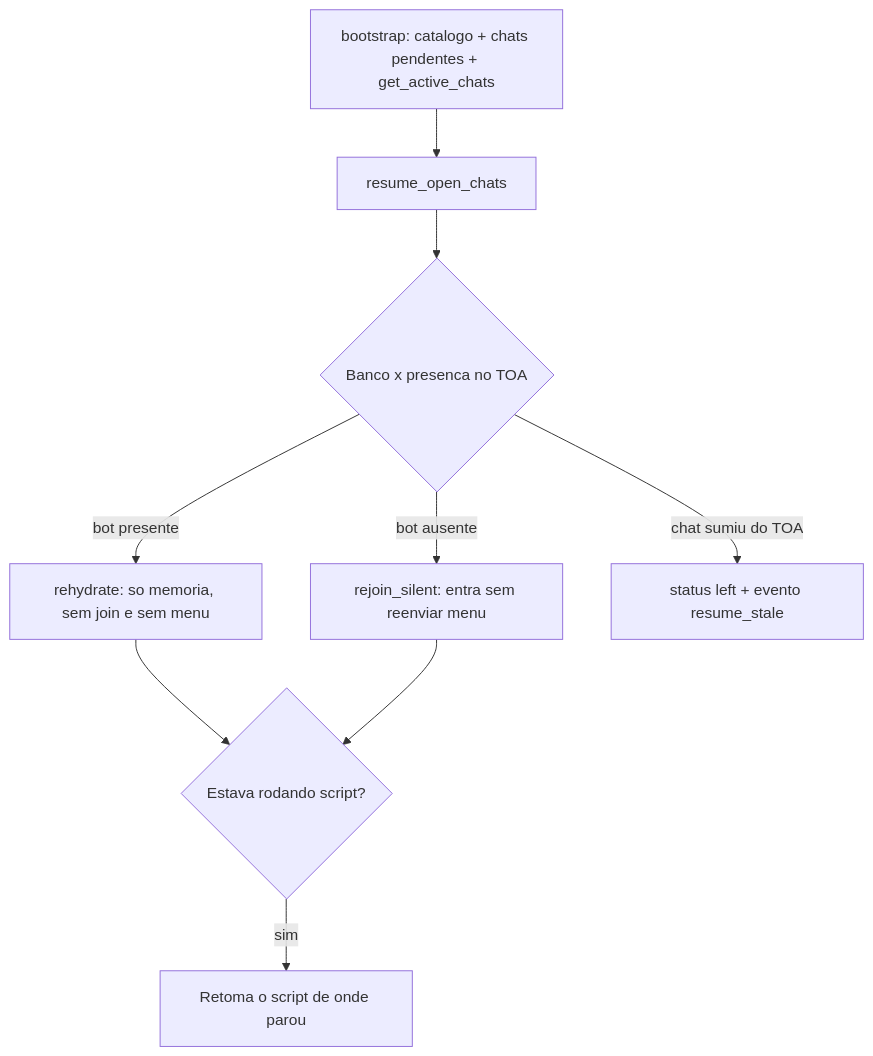
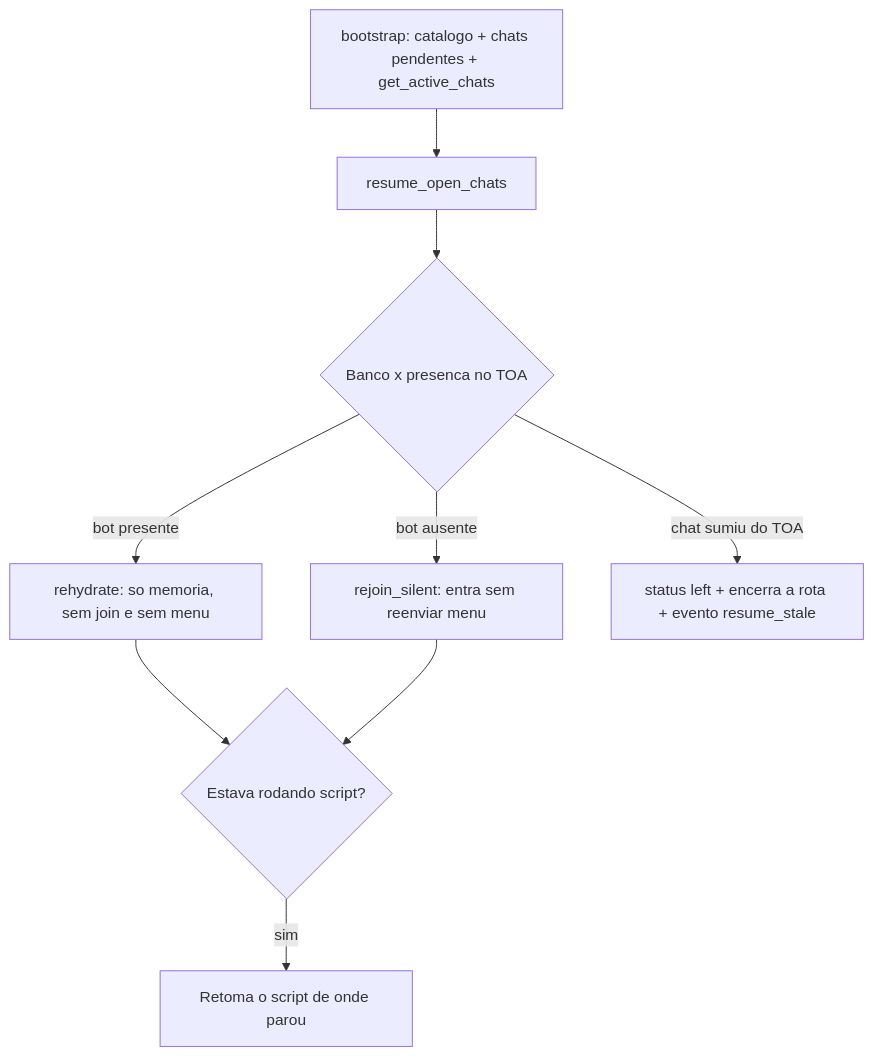
Diagram 14 of 14 in docs/desenho-bot.md (lgsalmeida15/botsqlite), drawn with Mermaid before and after one commit. The commit also changed other lines of this file and 8 other files, not shown here.

````diff
--- a/docs/desenho-bot.md
+++ b/docs/desenho-bot.md
@@ -556,11 +563,11 @@
 ```mermaid
 flowchart TD
   B[bootstrap: catalogo + chats pendentes + get_active_chats] --> R[resume_open_chats]
   R --> Q{Banco x presenca no TOA}
   Q -->|bot presente| H[rehydrate: so memoria, sem join e sem menu]
   Q -->|bot ausente| S[rejoin_silent: entra sem reenviar menu]
-  Q -->|chat sumiu do TOA| ST[status left + evento resume_stale]
+  Q -->|chat sumiu do TOA| ST[status left + encerra a rota + evento resume_stale]
   H --> SC{Estava rodando script?}
   S --> SC
   SC -->|sim| RS[Retoma o script de onde parou]
 ```
````
